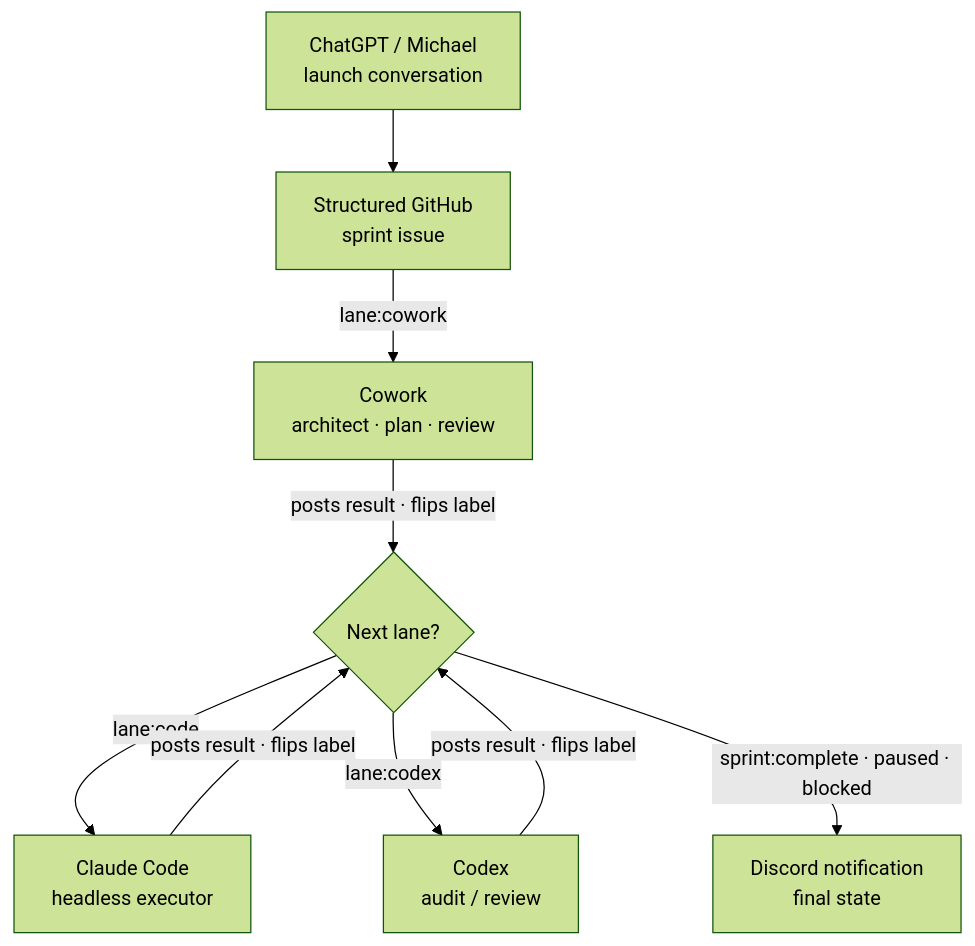
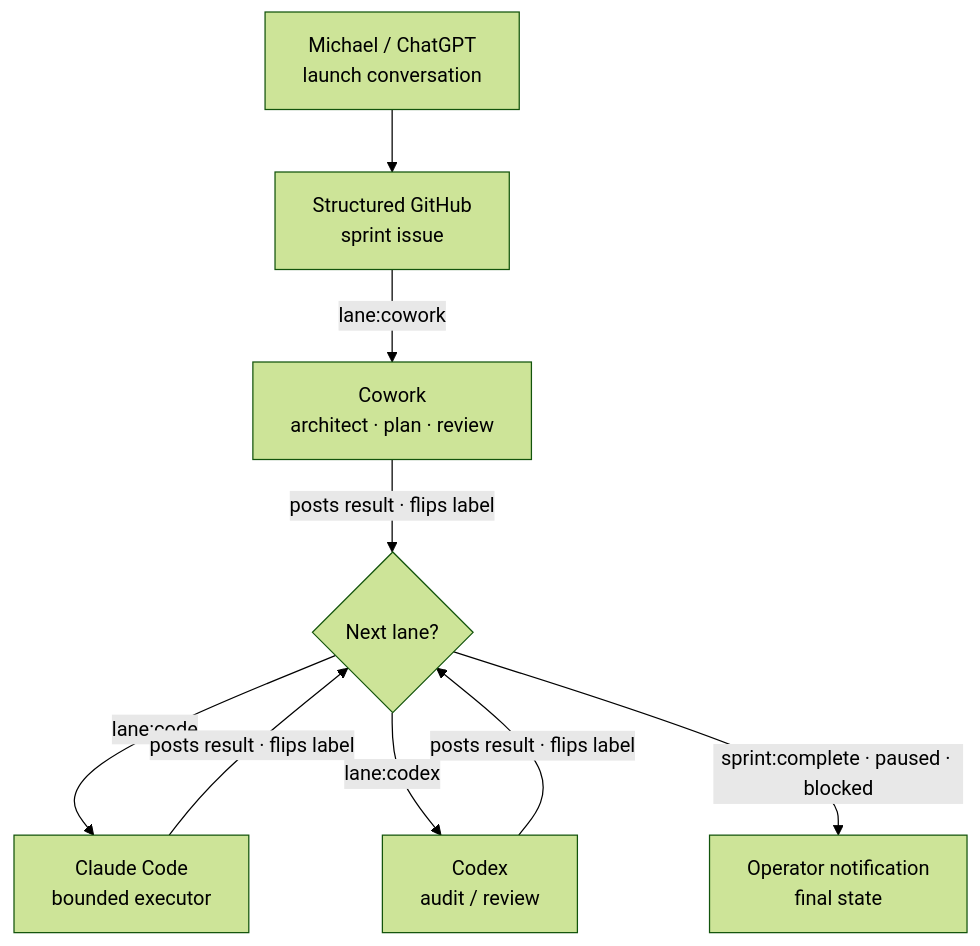
One commit to michaelcrawford1-ai/HAL-AI-Assistant changed the second of 2 diagrams in README.md. Above: the diagram before and after it, drawn with Mermaid (forest theme). The commit also changed other lines of this file, not shown here.

````diff
--- a/README.md
+++ b/README.md
@@ -84,11 +88,11 @@
 ```mermaid
 graph TD
-    Start[ChatGPT / Michael<br/>launch conversation] --> Issue[Structured GitHub<br/>sprint issue]
+    Start[Michael / ChatGPT<br/>launch conversation] --> Issue[Structured GitHub<br/>sprint issue]
     Issue -->|lane:cowork| Cowork[Cowork<br/>architect · plan · review]
     Cowork -->|posts result · flips label| Router{Next lane?}
-    Router -->|lane:code| Code[Claude Code<br/>headless executor]
+    Router -->|lane:code| Code[Claude Code<br/>bounded executor]
     Router -->|lane:codex| Codex[Codex<br/>audit / review]
     Code -->|posts result · flips label| Router
     Codex -->|posts result · flips label| Router
-    Router -->|sprint:complete · paused · blocked| Done[Discord notification<br/>final state]
+    Router -->|sprint:complete · paused · blocked| Done[Operator notification<br/>final state]
 ```
````
